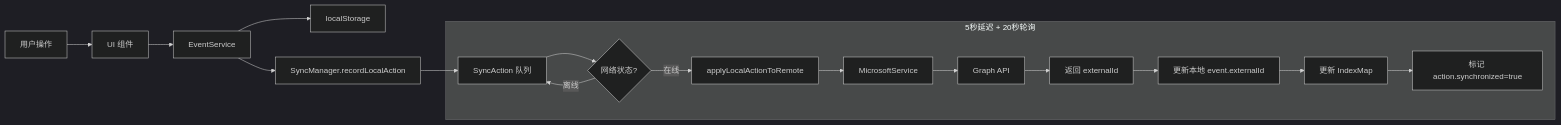
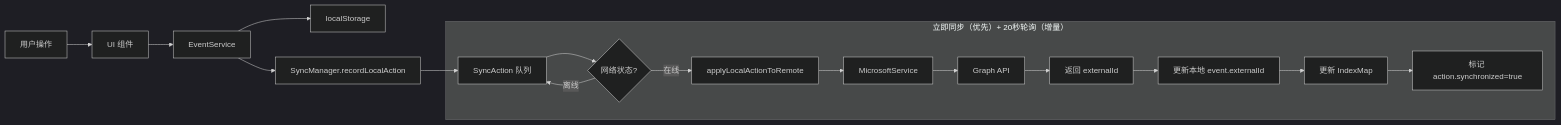
The fifth of 7 diagrams in docs/architecture/SYNC_MECHANISM_PRD.md (zoeysnowy/ReMarkable), drawn with Mermaid (dark theme) before and after one commit. The commit also changed other lines of this file and 67 other files, not shown here.

````diff
--- a/docs/architecture/SYNC_MECHANISM_PRD.md
+++ b/docs/architecture/SYNC_MECHANISM_PRD.md
@@ -1002,21 +1306,21 @@
 ```mermaid
 graph LR
     A[用户操作] --> B[UI 组件]
     B --> C[EventService]
     C --> D[localStorage]
     C --> E[SyncManager.recordLocalAction]
     E --> F[SyncAction 队列]
     
-    subgraph "5秒延迟 + 20秒轮询"
+    subgraph "立即同步（优先）+ 20秒轮询（增量）"
         F --> G{网络状态?}
         G -->|在线| H[applyLocalActionToRemote]
         G -->|离线| F
         
         H --> I[MicrosoftService]
         I --> J[Graph API]
         J --> K[返回 externalId]
         K --> L[更新本地 event.externalId]
         L --> M[更新 IndexMap]
         M --> N[标记 action.synchronized=true]
     end
 ```
````
